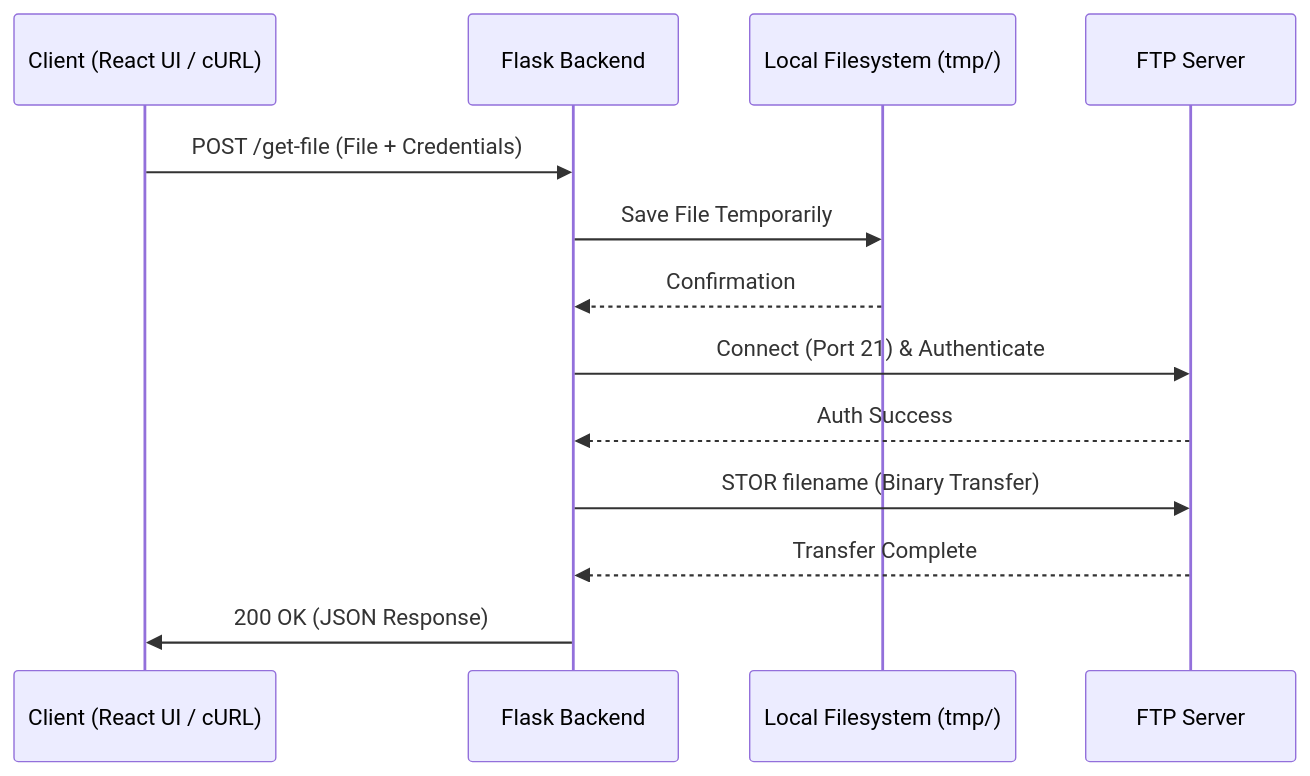
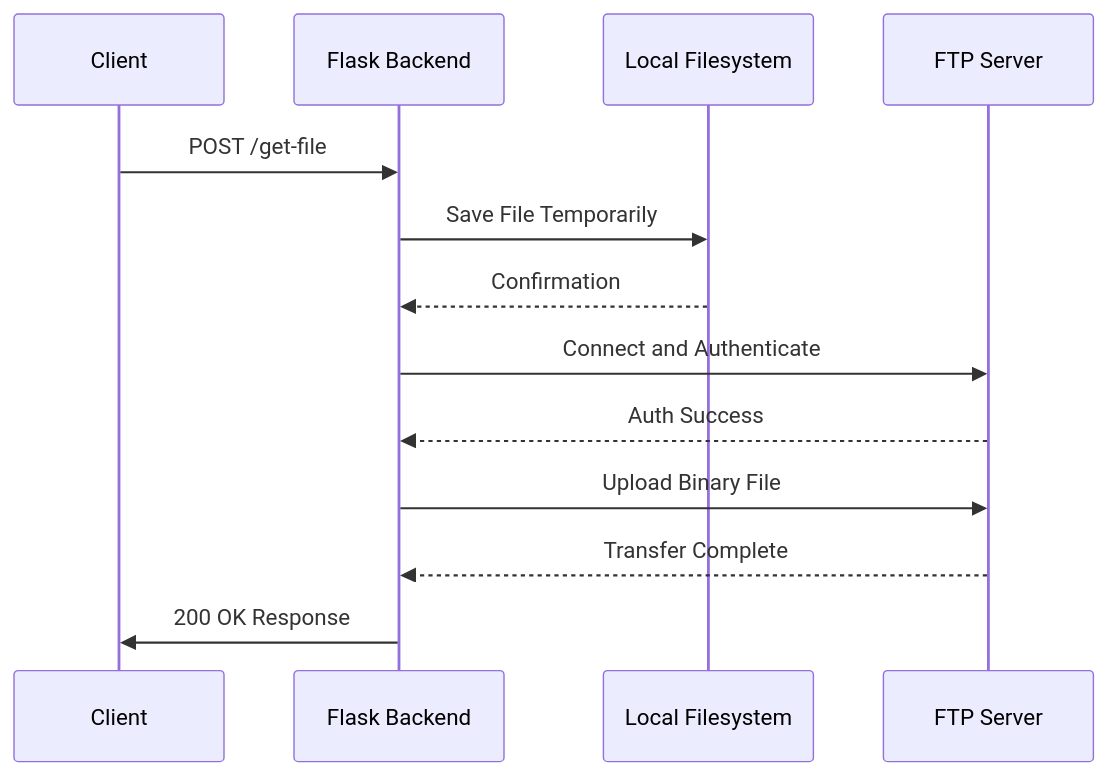
One commit to MsCoder50/Nexus-FTP changed the diagram in README.md. Above: the diagram before and after it, drawn with Mermaid.

Commit message:
Updated WorkFlow

````diff
--- a/README.md
+++ b/README.md
@@ -20,16 +20,16 @@
 ```mermaid
 sequenceDiagram
-    participant C as Client (React UI / cURL)
+    participant C as Client
     participant B as Flask Backend
-    participant FS as Local Filesystem (tmp/)
+    participant FS as Local Filesystem
     participant S as FTP Server
 
-    C->>B: POST /get-file (File + Credentials)
+    C->>B: POST /get-file
     B->>FS: Save File Temporarily
     FS-->>B: Confirmation
-    B->>S: Connect (Port 21) & Authenticate
+    B->>S: Connect and Authenticate
     S-->>B: Auth Success
-    B->>S: STOR filename (Binary Transfer)
+    B->>S: Upload Binary File
     S-->>B: Transfer Complete
-    B->>C: 200 OK (JSON Response)
+    B->>C: 200 OK Response
 ```
````
